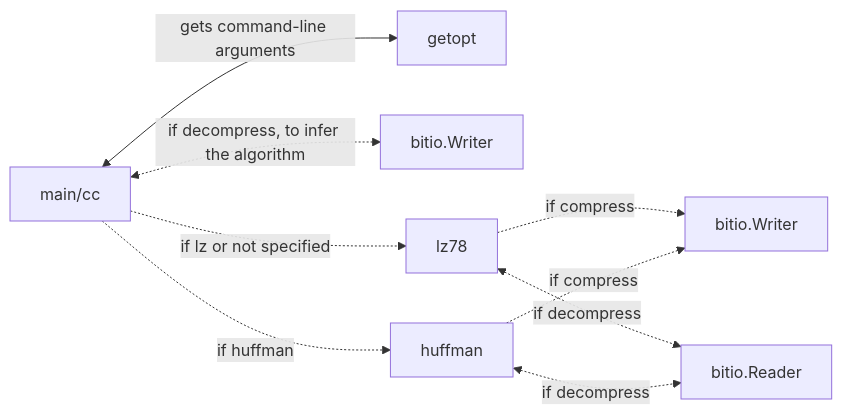
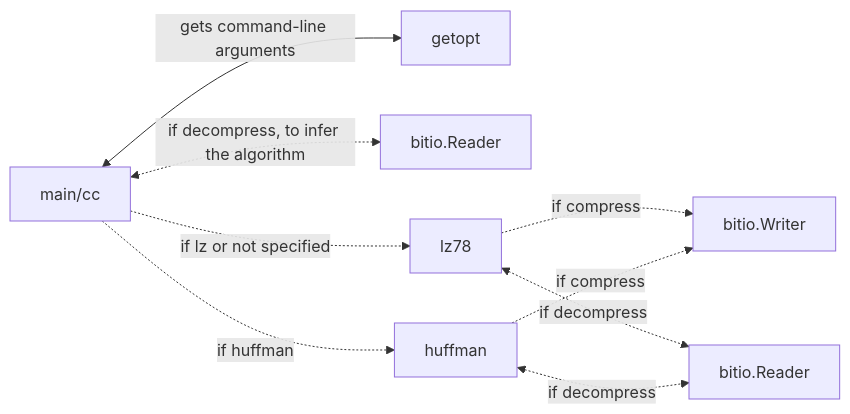
One commit to oskarruo/tiralabra changed the diagram in docs/implementationreport.md. Above: the diagram before and after it, drawn with Mermaid.

Commit message:
fix in implementation report

````diff
--- a/docs/implementationreport.md
+++ b/docs/implementationreport.md
@@ -31,11 +31,11 @@
 ```mermaid
 flowchart LR
   A[main/cc] <-->|gets command-line arguments| B[getopt]
-  A <-.->|if decompress, to infer the algorithm| G[bitio.Writer]
+  A <-.->|if decompress, to infer the algorithm| G[bitio.Reader]
   A -.->|if lz or not specified| C[lz78]
   A -.->|if huffman| D[huffman]
   C -.->|if compress| E[bitio.Writer]
   C <-.->|if decompress| F[bitio.Reader]
   D -.->|if compress| E[bitio.Writer]
   D <-.->|if decompress| F[bitio.Reader]
 ```
````
